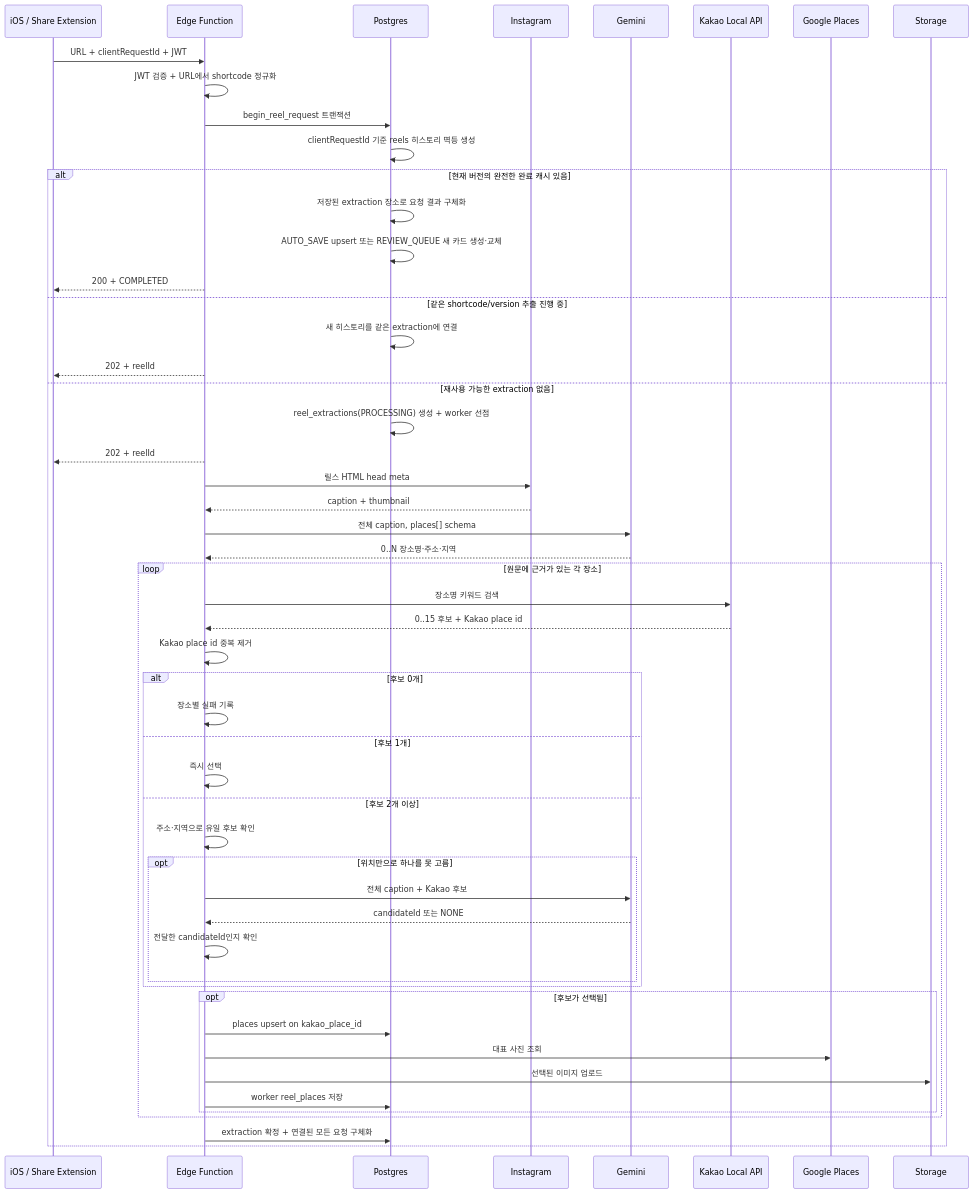
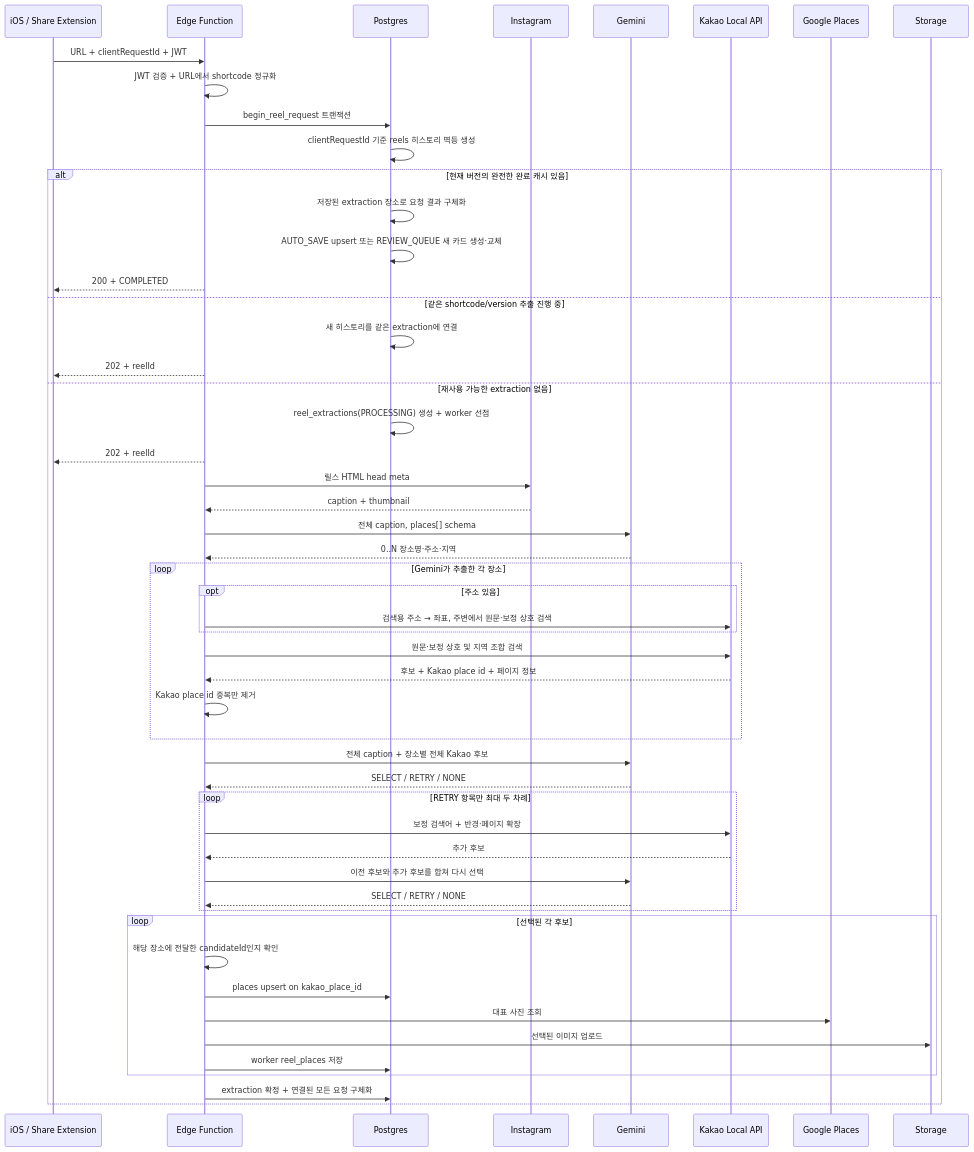
The diagram in docs/save-instagram-reel-flow.md (Jiihyun/yeogidam), drawn with Mermaid before and after one commit. The commit also changed other lines of this file and 15 other files, not shown here.

````diff
--- a/docs/save-instagram-reel-flow.md
+++ b/docs/save-instagram-reel-flow.md
@@ -31,55 +33,55 @@
 ```mermaid
 sequenceDiagram
     participant U as iOS / Share Extension
     participant F as Edge Function
     participant D as Postgres
     participant I as Instagram
     participant AI as Gemini
     participant K as Kakao Local API
     participant G as Google Places
     participant S as Storage
 
     U->>F: URL + clientRequestId + JWT
     F->>F: JWT 검증 + URL에서 shortcode 정규화
     F->>D: begin_reel_request 트랜잭션
     D->>D: clientRequestId 기준 reels 히스토리 멱등 생성
     alt 현재 버전의 완전한 완료 캐시 있음
         D->>D: 저장된 extraction 장소로 요청 결과 구체화
         D->>D: AUTO_SAVE upsert 또는 REVIEW_QUEUE 새 카드 생성·교체
         F-->>U: 200 + COMPLETED
     else 같은 shortcode/version 추출 진행 중
         D->>D: 새 히스토리를 같은 extraction에 연결
         F-->>U: 202 + reelId
     else 재사용 가능한 extraction 없음
         D->>D: reel_extractions(PROCESSING) 생성 + worker 선점
         F-->>U: 202 + reelId
         F->>I: 릴스 HTML head meta
         I-->>F: caption + thumbnail
         F->>AI: 전체 caption, places[] schema
         AI-->>F: 0..N 장소명·주소·지역
-        loop 원문에 근거가 있는 각 장소
-            F->>K: 장소명 키워드 검색
-            K-->>F: 0..15 후보 + Kakao place id
-            F->>F: Kakao place id 중복 제거
-            alt 후보 0개
-                F->>F: 장소별 실패 기록
-            else 후보 1개
-                F->>F: 즉시 선택
-            else 후보 2개 이상
-                F->>F: 주소·지역으로 유일 후보 확인
-                opt 위치만으로 하나를 못 고름
-                    F->>AI: 전체 caption + Kakao 후보
-                    AI-->>F: candidateId 또는 NONE
-                    F->>F: 전달한 candidateId인지 확인
-                end
+        loop Gemini가 추출한 각 장소
+            opt 주소 있음
+                F->>K: 검색용 주소 → 좌표, 주변에서 원문·보정 상호 검색
             end
-            opt 후보가 선택됨
-                F->>D: places upsert on kakao_place_id
-                F->>G: 대표 사진 조회
-                F->>S: 선택된 이미지 업로드
-                F->>D: worker reel_places 저장
-            end
+            F->>K: 원문·보정 상호 및 지역 조합 검색
+            K-->>F: 후보 + Kakao place id + 페이지 정보
+            F->>F: Kakao place id 중복만 제거
+        end
+        F->>AI: 전체 caption + 장소별 전체 Kakao 후보
+        AI-->>F: SELECT / RETRY / NONE
+        loop RETRY 항목만 최대 두 차례
+            F->>K: 보정 검색어 + 반경·페이지 확장
+            K-->>F: 추가 후보
+            F->>AI: 이전 후보와 추가 후보를 합쳐 다시 선택
+            AI-->>F: SELECT / RETRY / NONE
+        end
+        loop 선택된 각 후보
+            F->>F: 해당 장소에 전달한 candidateId인지 확인
+            F->>D: places upsert on kakao_place_id
+            F->>G: 대표 사진 조회
+            F->>S: 선택된 이미지 업로드
+            F->>D: worker reel_places 저장
         end
         F->>D: extraction 확정 + 연결된 모든 요청 구체화
     end
 ```
````
